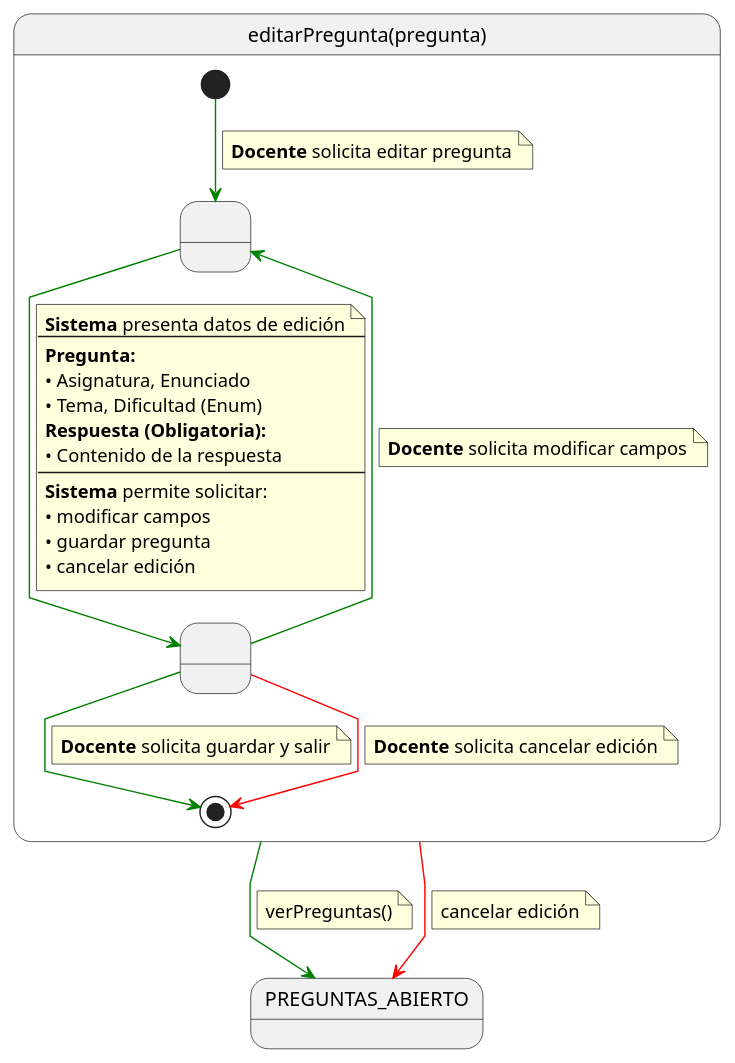
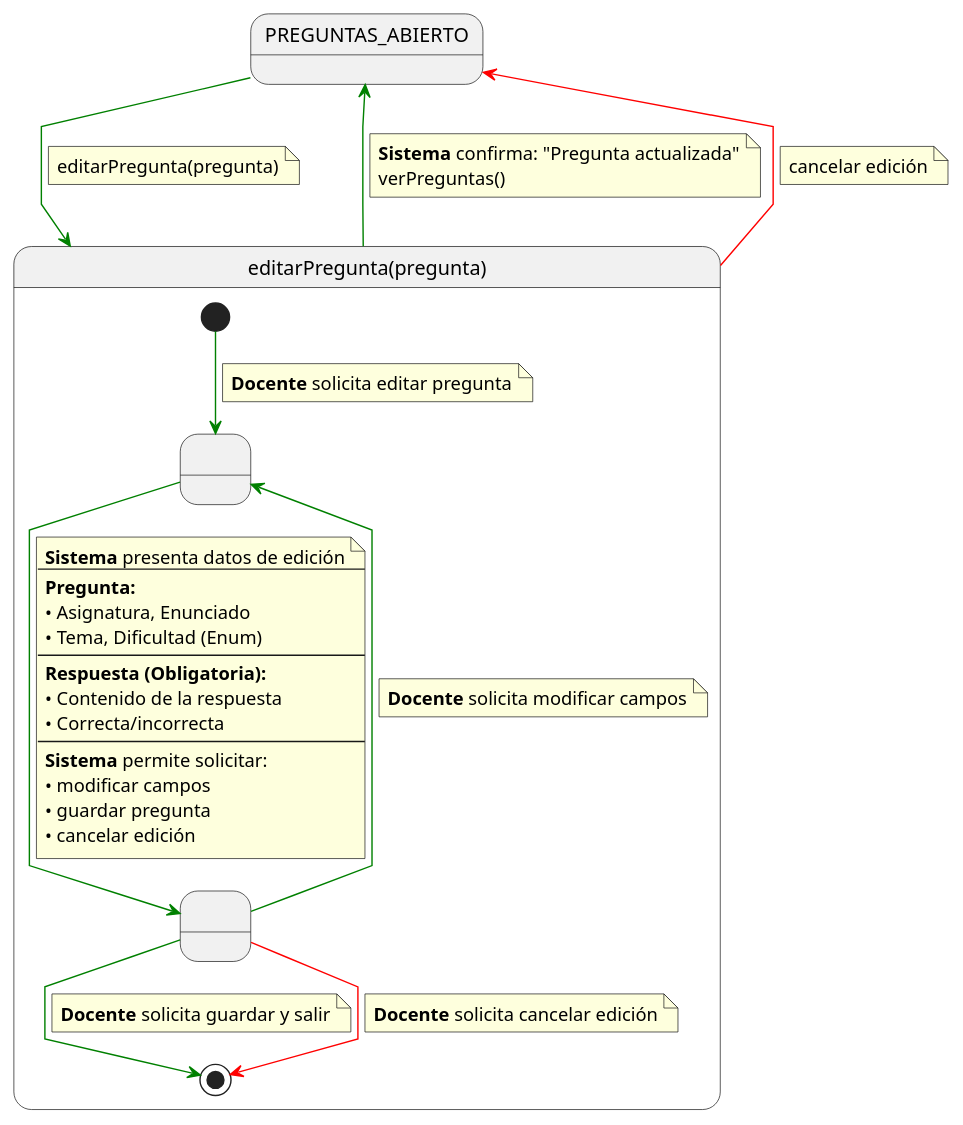
One commit to martinlopez7/25-26-IdSw1-SdR changed the diagram in documents/casos-de-uso/detalladoCasosDeUso/editarPregunta/editarPregunta.puml. Above: the diagram before and after it, drawn with PlantUML. The commit also changed 13 other files, not shown here.

```diff
--- a/documents/casos-de-uso/detalladoCasosDeUso/editarPregunta/editarPregunta.puml
+++ b/documents/casos-de-uso/detalladoCasosDeUso/editarPregunta/editarPregunta.puml
@@ -1,59 +1,75 @@
 @startuml
 skinparam linetype polyline
 
+' 1. ESTADO PREVIO (Contexto de origen: Banco de Preguntas)
+state PREGUNTAS_ABIERTO
+
+' 2. ENTRADA AL CASO DE USO
+PREGUNTAS_ABIERTO -[#green]-> editarPregunta
+note on link
+editarPregunta(pregunta)
+end note
+
+' 3. DETALLE DEL PROCESO
 state editarPregunta as "editarPregunta(pregunta)" {
 
     state " " as EditandoDatos
     state " " as GuardandoDatos 
 
     [*] -[#green]-> EditandoDatos 
     note on link
     <b>Docente</b> solicita editar pregunta
     end note    
     
     EditandoDatos -[#green]-> GuardandoDatos
     note on link
     <b>Sistema</b> presenta datos de edición
     ---
     <b>Pregunta:</b>
     • Asignatura, Enunciado
     • Tema, Dificultad (Enum)
+    ---
     <b>Respuesta (Obligatoria):</b>
     • Contenido de la respuesta
+    • Correcta/incorrecta
     ---
     <b>Sistema</b> permite solicitar:
     • modificar campos
     • guardar pregunta
     • cancelar edición
     end note
     
-    ' El ciclo de modificación (la clave de tu ejemplo)
+    ' Ciclo de modificación (Patrón Interactivo)
     GuardandoDatos -[#green]-> EditandoDatos
     note on link
     <b>Docente</b> solicita modificar campos
     end note
     
-    ' Salida Exitosa
+    ' Salida Exitosa (Interna)
     GuardandoDatos -[#green]-> [*]
     note on link
     <b>Docente</b> solicita guardar y salir
     end note
 
     ' Salida Cancelada (Interna)
     GuardandoDatos -[#red]-> [*]
     note on link
     <b>Docente</b> solicita cancelar edición
     end note
 }
 
-' Salidas Externas
+' 4. SALIDAS EXTERNAS
+
+' Salida Exitosa con CONFIRMACIÓN
 editarPregunta -[#green]-> PREGUNTAS_ABIERTO
 note on link
+<b>Sistema</b> confirma: "Pregunta actualizada"
 verPreguntas()
 end note
 
+' Salida Cancelada
 editarPregunta -[#red]-> PREGUNTAS_ABIERTO
 note on link
 cancelar edición
 end note
 @enduml
```
